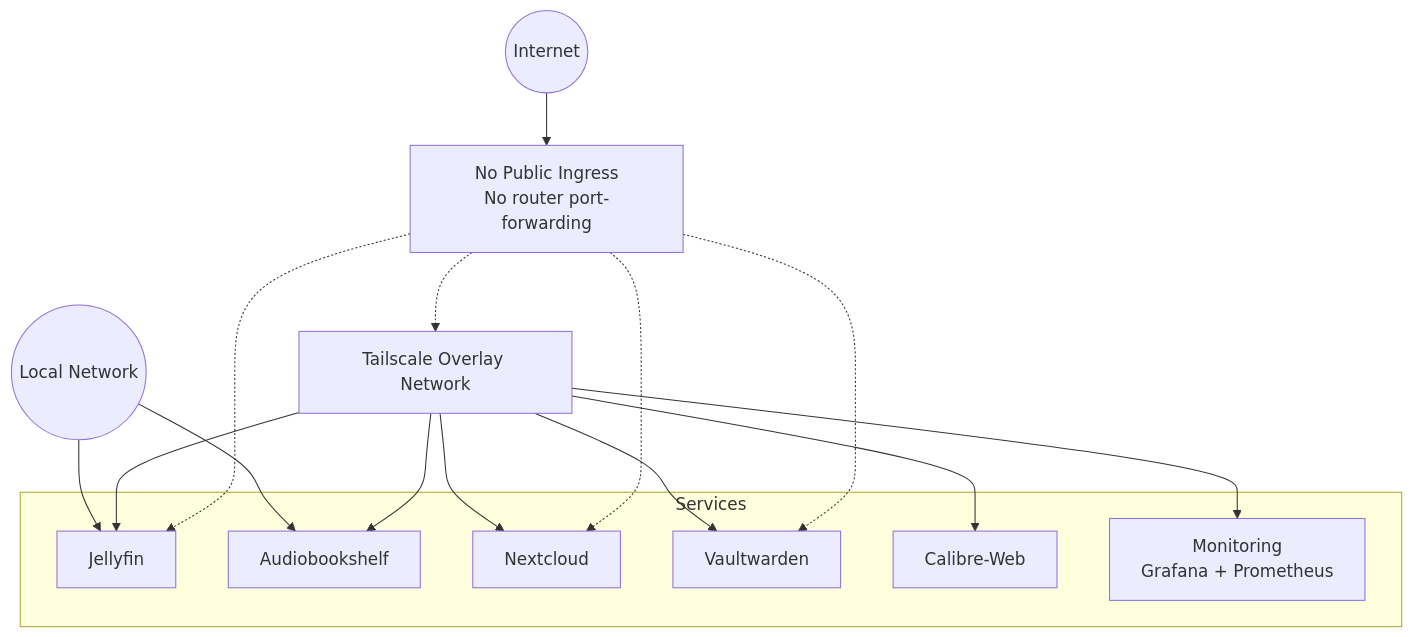
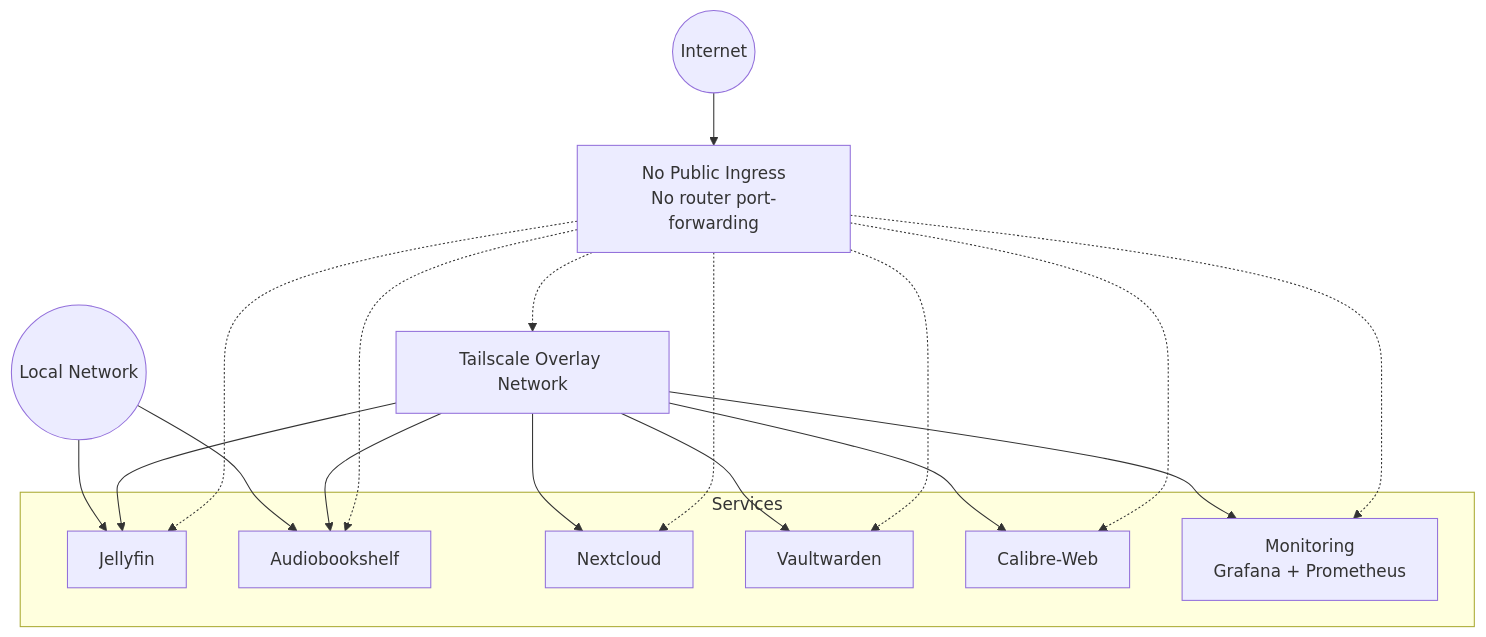
One commit to sohanreddyk/homelab-server-architecture changed the diagram in docs/exposure-diagram.md. Above: the diagram before and after it, drawn with Mermaid.

Commit message:
Fix exposure diagram: no-public-ingress applies to all services

````diff
--- a/docs/exposure-diagram.md
+++ b/docs/exposure-diagram.md
@@ -5,38 +5,42 @@
 ```mermaid
 flowchart TB
 
   Internet((Internet))
   LAN((Local Network))
   TS[Tailscale Overlay Network]
 
   NoPublic[No Public Ingress<br/>No router port-forwarding]
 
   Internet --> NoPublic
   NoPublic -.-> TS
 
   subgraph Services
     Jellyfin[Jellyfin]
     ABS[Audiobookshelf]
     Nextcloud[Nextcloud]
     Vaultwarden[Vaultwarden]
     CalibreWeb[Calibre-Web]
     Monitoring[Monitoring<br/>Grafana + Prometheus]
   end
 
   %% LAN exposure (media only)
   LAN --> Jellyfin
   LAN --> ABS
 
   %% Tailscale exposure (all services)
   TS --> Jellyfin
   TS --> ABS
   TS --> Nextcloud
   TS --> Vaultwarden
   TS --> CalibreWeb
   TS --> Monitoring
 
   %% No direct Internet access
   NoPublic -.-> Jellyfin
+  NoPublic -.-> ABS
   NoPublic -.-> Nextcloud
   NoPublic -.-> Vaultwarden
+  NoPublic -.-> CalibreWeb
+  NoPublic -.-> Monitoring
+
 ```
````
